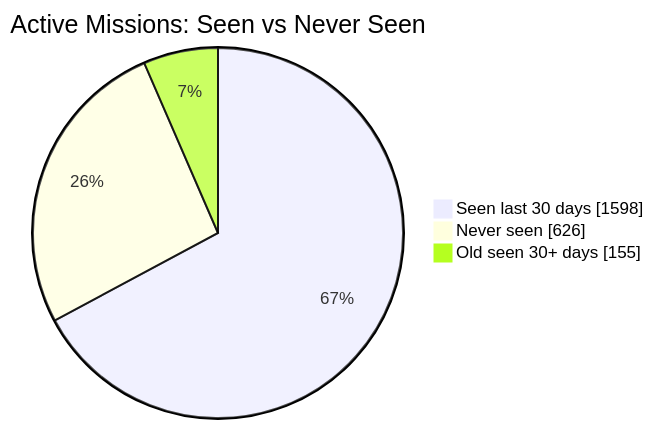
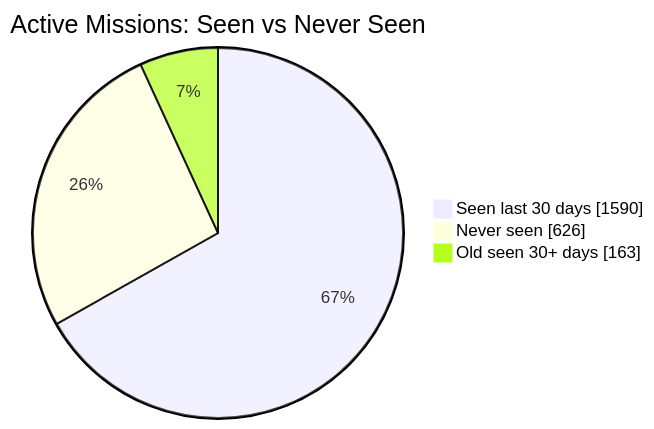
Before and after one commit to MeldkamerspelGameTeam/active-missions: the first of 2 diagrams in README.md, drawn with Mermaid. The commit also changed other lines of this file and 3 other files, not shown here.

````diff
--- a/README.md
+++ b/README.md
@@ -34,7 +34,7 @@
 ```mermaid
 pie showData
     title Active Missions: Seen vs Never Seen
-    "Seen last 30 days" : 1598
+    "Seen last 30 days" : 1590
     "Never seen" : 626
-    "Old seen 30+ days" : 155
+    "Old seen 30+ days" : 163
 ```
````
